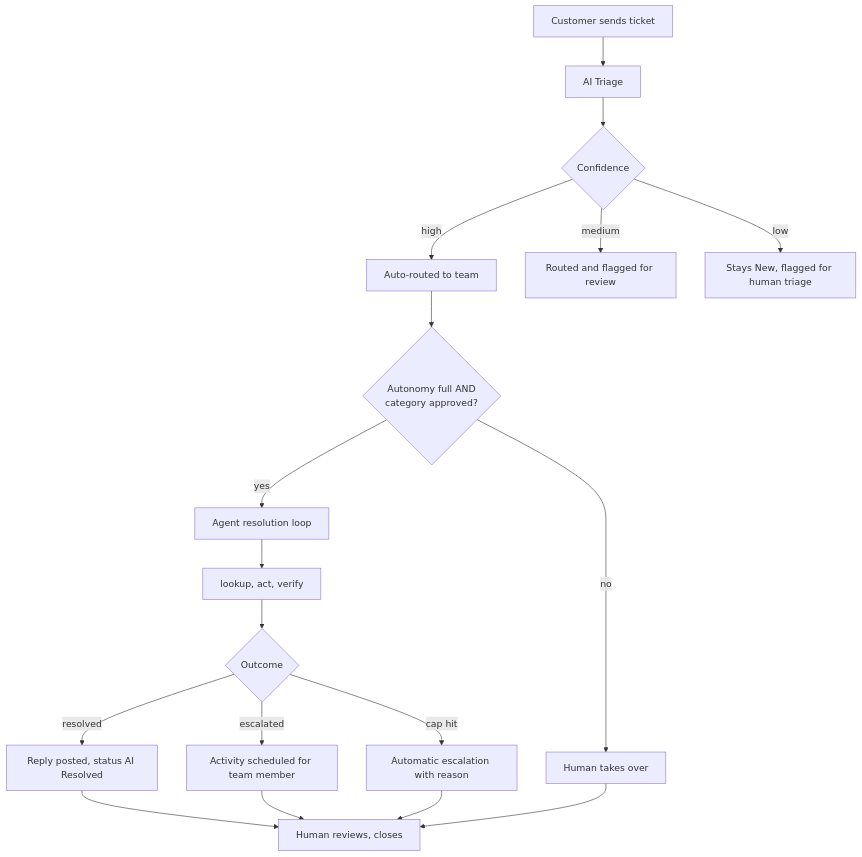
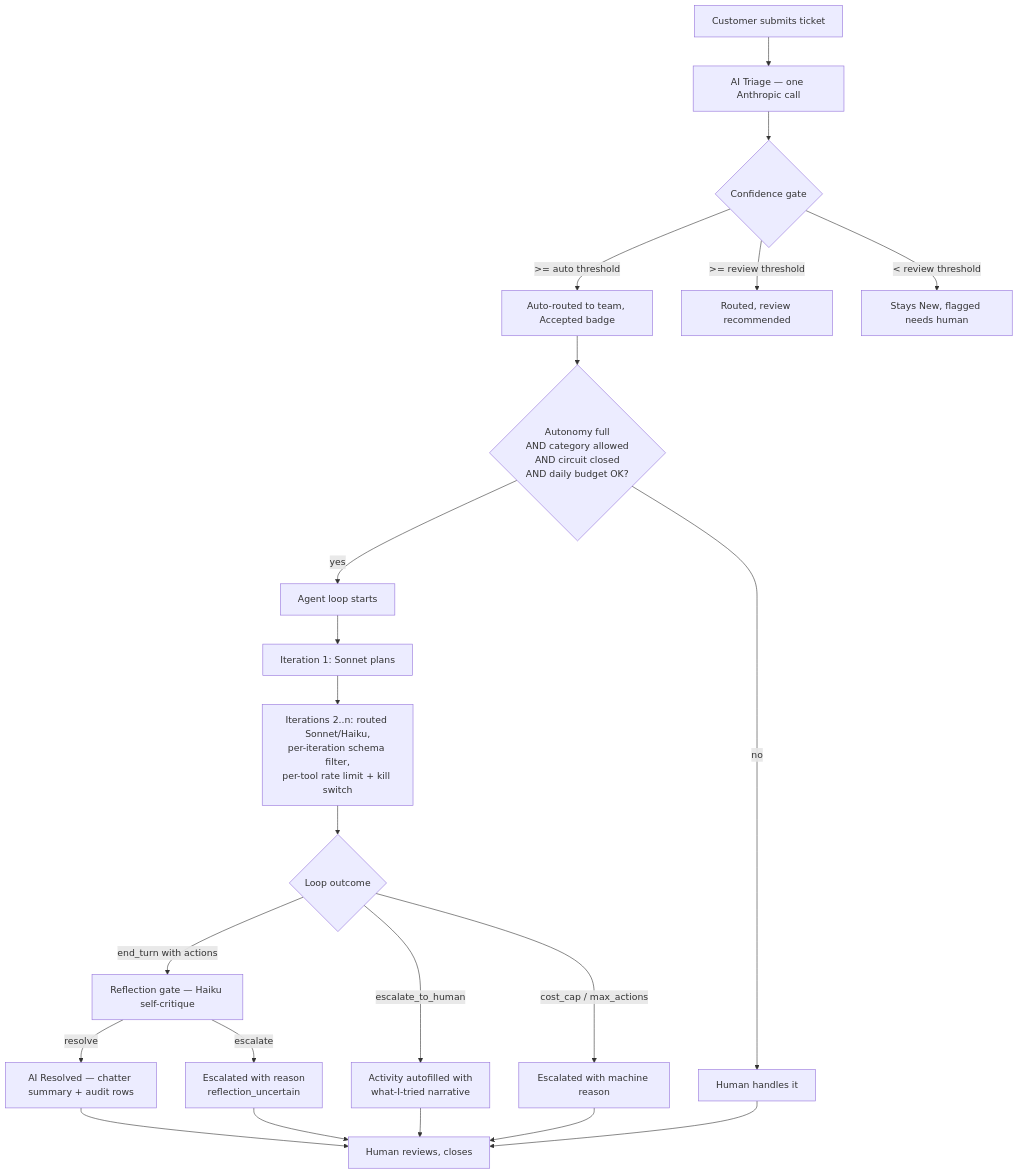
Before and after one commit to MohammadThabetHassan/odoo-ai-helpdesk-triage: the diagram in README.md, drawn with Mermaid. The commit also changed other lines of this file and 3 other files, not shown here.

````diff
--- a/README.md
+++ b/README.md
@@ -42,20 +81,24 @@
 ```mermaid
 flowchart TB
-    A[Customer sends ticket] --> B[AI Triage]
-    B --> C{Confidence}
-    C -->|high| D[Auto-routed to team]
-    C -->|medium| E[Routed and flagged for review]
-    C -->|low| F[Stays New, flagged for human triage]
-    D --> G{Autonomy full AND<br/>category approved?}
-    G -->|yes| H[Agent resolution loop]
-    G -->|no| I[Human takes over]
-    H --> J[lookup, act, verify]
-    J --> K{Outcome}
-    K -->|resolved| L[Reply posted, status AI Resolved]
-    K -->|escalated| M[Activity scheduled for team member]
-    K -->|cap hit| N[Automatic escalation with reason]
-    L --> O[Human reviews, closes]
-    M --> O
-    N --> O
-    I --> O
+    A[Customer submits ticket] --> B[AI Triage — one Anthropic call]
+    B --> C{Confidence gate}
+    C -->|>= auto threshold| D[Auto-routed to team, Accepted badge]
+    C -->|>= review threshold| E[Routed, review recommended]
+    C -->|< review threshold| F[Stays New, flagged needs human]
+    D --> G{Autonomy full<br/>AND category allowed<br/>AND circuit closed<br/>AND daily budget OK?}
+    G -->|no| H[Human handles it]
+    G -->|yes| I[Agent loop starts]
+    I --> J[Iteration 1: Sonnet plans]
+    J --> K[Iterations 2..n: routed Sonnet/Haiku,<br/>per-iteration schema filter,<br/>per-tool rate limit + kill switch]
+    K --> L{Loop outcome}
+    L -->|end_turn with actions| M[Reflection gate — Haiku self-critique]
+    M -->|resolve| N[AI Resolved — chatter summary + audit rows]
+    M -->|escalate| O[Escalated with reason<br/>reflection_uncertain]
+    L -->|escalate_to_human| P[Activity autofilled with<br/>what-I-tried narrative]
+    L -->|cost_cap / max_actions| Q[Escalated with machine reason]
+    N --> R[Human reviews, closes]
+    O --> R
+    P --> R
+    Q --> R
+    H --> R
 ```
````
